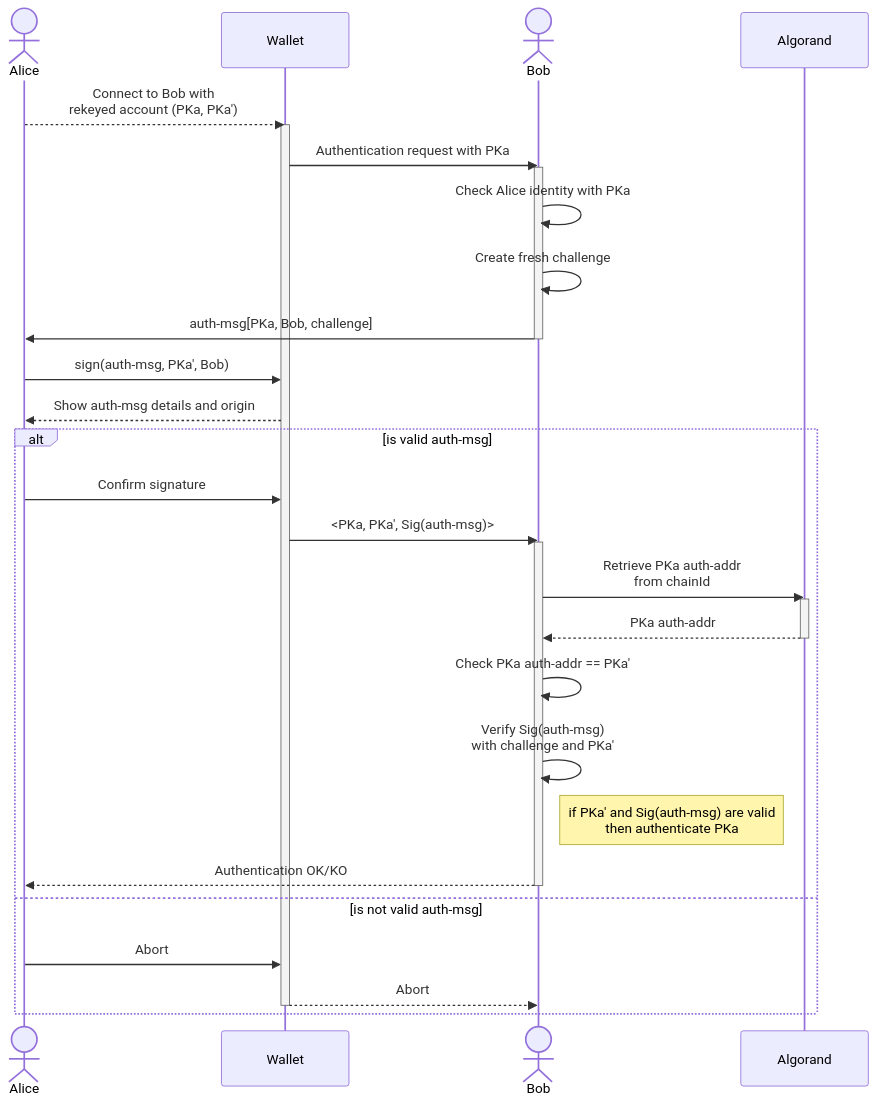
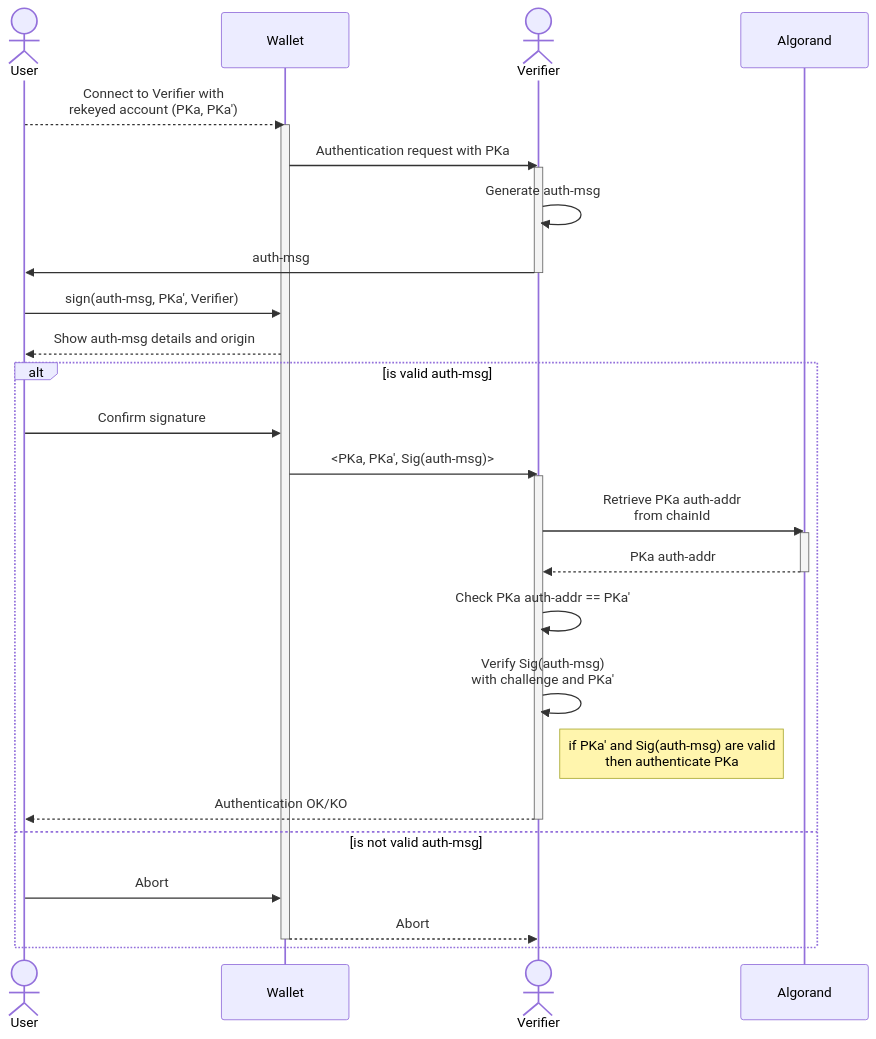
Before and after one commit to algorandfoundation/ARCs: the second of 3 diagrams in ARCs/arc-0031.md, drawn with Mermaid. The commit also changed other lines of this file, not shown here.

````diff
--- a/ARCs/arc-0031.md
+++ b/ARCs/arc-0031.md
@@ -199,36 +197,35 @@
 ```mermaid
 sequenceDiagram
-    actor A as Alice
+    actor U as User
     participant W as Wallet
-    actor B as Bob
+    actor V as Verifier
     participant Algorand
-    A-->>W: Connect to Bob with<br/>rekeyed account (PKa, PKa')
+    U-->>W: Connect to Verifier with<br/>rekeyed account (PKa, PKa')
     activate W
-    W->>B: Authentication request with PKa
-    activate B
-    B->>B: Check Alice identity with PKa
-    B->>B: Create fresh challenge
-    B->>A: auth-msg[PKa, Bob, challenge]
-    deactivate B
-    A->>W: sign(auth-msg, PKa', Bob)
-    W-->>A: Show auth-msg details and origin
+    W->>V: Authentication request with PKa
+    activate V
+    V->>V: Generate auth-msg
+    V->>U: auth-msg
+    deactivate V
+    U->>W: sign(auth-msg, PKa', Verifier)
+    W-->>U: Show auth-msg details and origin
     alt is valid auth-msg
-        A->>W:Confirm signature
-        W->>B: <PKa, PKa', Sig(auth-msg)>
-        activate B
-        B->>Algorand: Retrieve PKa auth-addr<br/>from chainId
+        U->>W:Confirm signature
+        W->>V: <PKa, PKa', Sig(auth-msg)>
+        activate V
+        V->>Algorand: Retrieve PKa auth-addr<br/>from chainId
         activate Algorand
-        Algorand-->>B: PKa auth-addr
+        Algorand-->>V: PKa auth-addr
         deactivate Algorand
-        B->>B: Check PKa auth-addr == PKa'
-        B->>B: Verify Sig(auth-msg)<br/>with challenge and PKa'
-        Note right of B: if PKa' and Sig(auth-msg) are valid<br/>then authenticate PKa
-        B-->>A: Authentication OK/KO
-        deactivate B
+        V->>V: Check PKa auth-addr == PKa'
+        V->>V: Verify Sig(auth-msg)<br/>with challenge and PKa'
+        Note right of V: if PKa' and Sig(auth-msg) are valid<br/>then authenticate PKa
+        V-->>U: Authentication OK/KO
+        deactivate V
     else is not valid auth-msg
-        A->>W: Abort
-        W-->>B: Abort
+        U->>W: Abort
+        W-->>V: Abort
         deactivate W
     end
     
 ```
````
